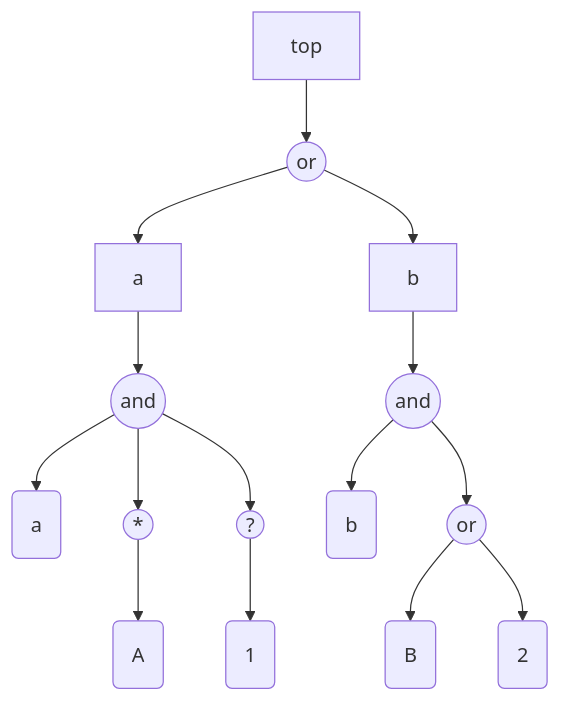
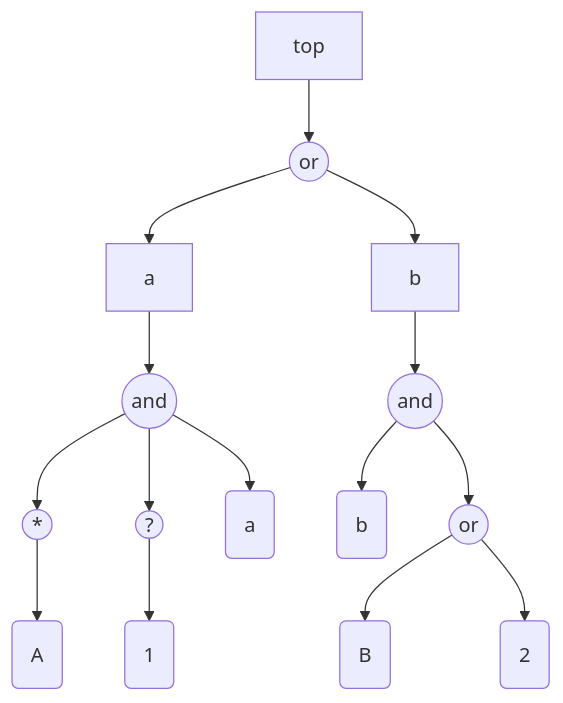
Before and after one commit to antononcube/Raku-FunctionalParsers: the first of 3 diagrams in README.md, drawn with Mermaid. The commit also changed other lines of this file and 1 other file, not shown here.

````diff
--- a/README.md
+++ b/README.md
@@ -304,32 +304,32 @@
 ```mermaid
 graph TD
-	NT:top[top]
-	T:b(b)
-	T:1(1)
-	T:2(2)
-	T:B(B)
+	T:A("A")
+	T:1("1")
+	opt9((?))
+	NT:a["a"]
 	rep7((*))
-	T:A(A)
+	alt1((or))
+	T:a("a")
+	T:2("2")
+	T:B("B")
 	seq12((and))
-	opt9((?))
-	NT:a[a]
-	NT:b[b]
-	alt1((or))
-	T:a(a)
+	T:b("b")
+	NT:top["top"]
+	seq5((and))
+	NT:b["b"]
 	alt14((or))
-	seq5((and))
 	alt1 --> NT:a
 	alt1 --> NT:b
 	NT:top --> alt1
 	rep7 --> T:A
 	opt9 --> T:1
 	seq5 --> T:a
 	seq5 --> rep7
 	seq5 --> opt9
 	NT:a --> seq5
 	alt14 --> T:B
 	alt14 --> T:2
 	seq12 --> T:b
 	seq12 --> alt14
 	NT:b --> seq12
 ```
````
